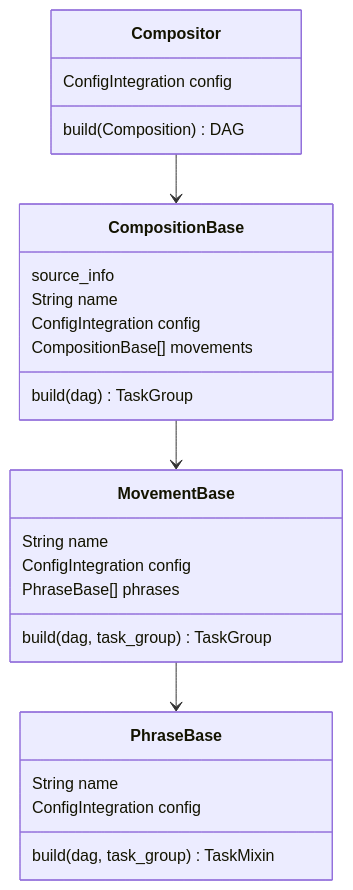
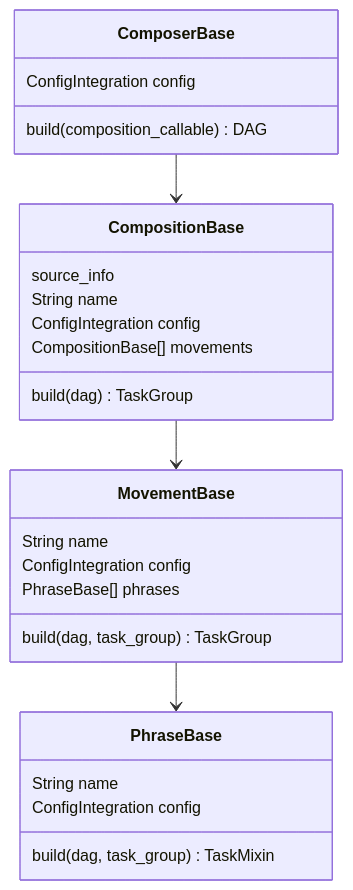
Before and after one commit to debussy-labs/debussy_concert: the diagram in README.md, drawn with Mermaid. The commit also changed 21 other files, not shown here.

Commit message:
refactoring - compositor to composer and another try for a better flow and less coupling

````diff
--- a/README.md
+++ b/README.md
@@ -6,32 +6,32 @@
 ```mermaid
 classDiagram
-class Compositor {
+class ComposerBase {
     ConfigIntegration config
-    build(Composition) DAG
+    build(composition_callable) DAG
 }
 
 class CompositionBase {
     source_info
     String name
     ConfigIntegration config
     CompositionBase[] movements
     build(dag) TaskGroup
 }
 
 class MovementBase{
     String name
     ConfigIntegration config
     PhraseBase[] phrases
     build(dag, task_group) TaskGroup
 }
 
 class PhraseBase {
     String name
     ConfigIntegration config
     build(dag, task_group) TaskMixin
 }
 
+ComposerBase --> CompositionBase
 CompositionBase --> MovementBase
 MovementBase --> PhraseBase
-Compositor --> CompositionBase
 ```
````
